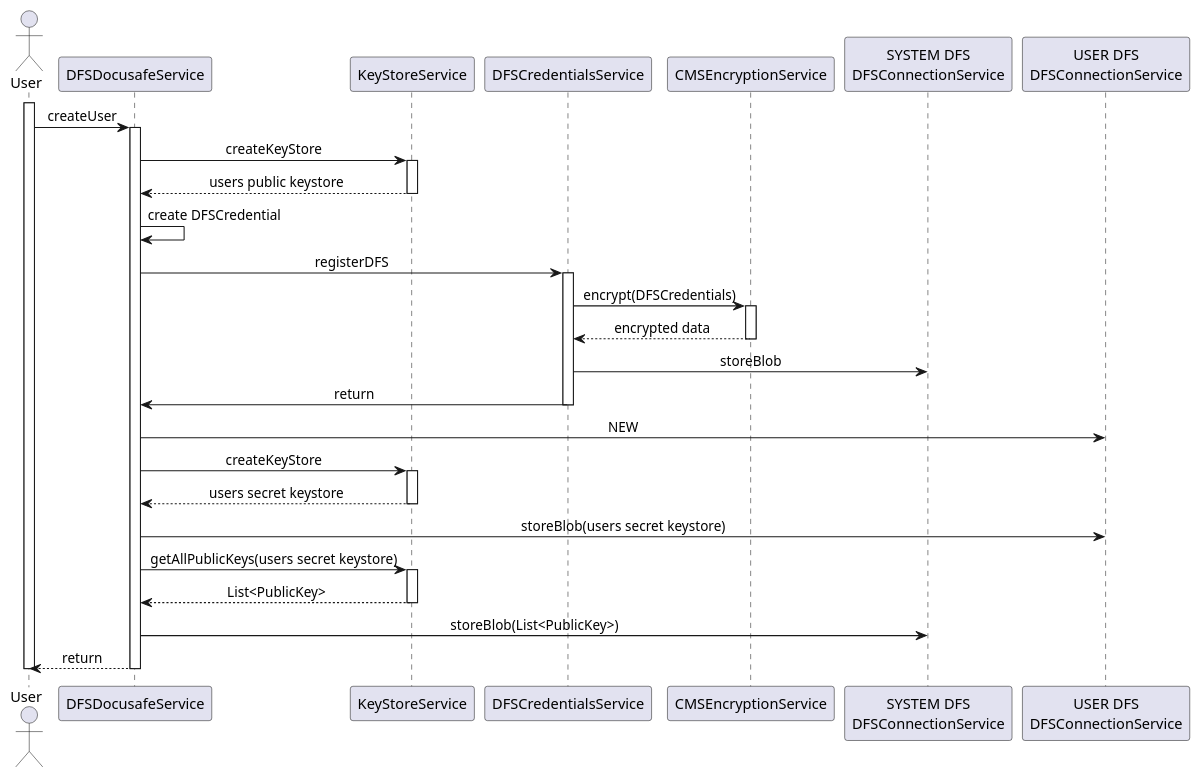
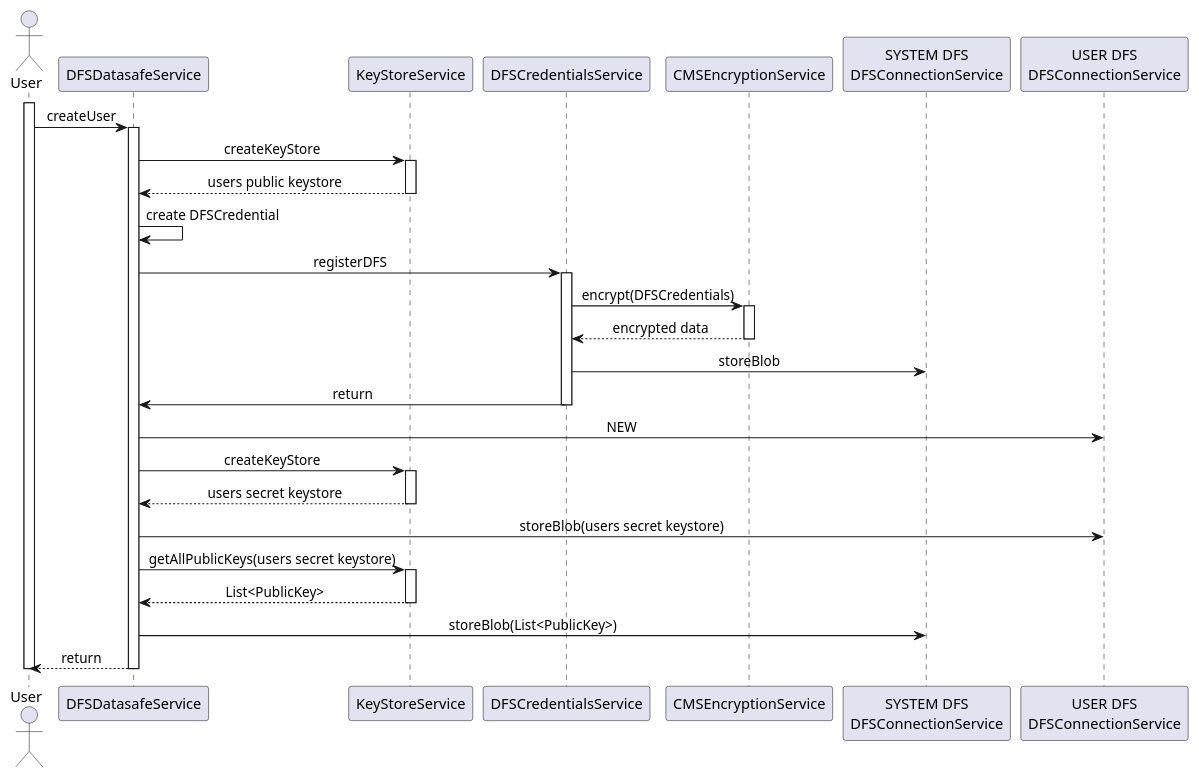
The diagram in docs/diagrams/new_user.puml (adorsys/datasafe), drawn with PlantUML before and after one commit. The commit also changed 59 other files, not shown here.

```diff
--- a/docs/diagrams/new_user.puml
+++ b/docs/diagrams/new_user.puml
@@ -1,37 +1,37 @@
 @startuml
 skinparam SequenceMessageAlign center
 
 actor User
 
 activate User
-User -> DFSDocusafeService : createUser
-activate DFSDocusafeService
-DFSDocusafeService -> KeyStoreService : createKeyStore
+User -> DFSDatasafeService : createUser
+activate DFSDatasafeService
+DFSDatasafeService -> KeyStoreService : createKeyStore
 activate KeyStoreService
-KeyStoreService --> DFSDocusafeService : users public keystore
+KeyStoreService --> DFSDatasafeService : users public keystore
 deactivate KeyStoreService
-DFSDocusafeService -> DFSDocusafeService : create DFSCredential
-DFSDocusafeService -> DFSCredentialsService : registerDFS
+DFSDatasafeService -> DFSDatasafeService : create DFSCredential
+DFSDatasafeService -> DFSCredentialsService : registerDFS
 activate DFSCredentialsService
 DFSCredentialsService -> CMSEncryptionService : encrypt(DFSCredentials)
 activate CMSEncryptionService
 CMSEncryptionService --> DFSCredentialsService : encrypted data
 deactivate CMSEncryptionService
 DFSCredentialsService -> "SYSTEM DFS\nDFSConnectionService" as sysDFS : storeBlob
-DFSCredentialsService -> DFSDocusafeService : return
+DFSCredentialsService -> DFSDatasafeService : return
 deactivate DFSCredentialsService
-DFSDocusafeService -> "USER DFS\nDFSConnectionService" as usrDFS : NEW
-DFSDocusafeService -> KeyStoreService : createKeyStore
+DFSDatasafeService -> "USER DFS\nDFSConnectionService" as usrDFS : NEW
+DFSDatasafeService -> KeyStoreService : createKeyStore
 activate KeyStoreService
-KeyStoreService --> DFSDocusafeService : users secret keystore
+KeyStoreService --> DFSDatasafeService : users secret keystore
 deactivate KeyStoreService
-DFSDocusafeService -> usrDFS : storeBlob(users secret keystore)
-DFSDocusafeService ->  KeyStoreService : getAllPublicKeys(users secret keystore)
+DFSDatasafeService -> usrDFS : storeBlob(users secret keystore)
+DFSDatasafeService ->  KeyStoreService : getAllPublicKeys(users secret keystore)
 activate KeyStoreService
-KeyStoreService --> DFSDocusafeService : List<PublicKey>
+KeyStoreService --> DFSDatasafeService : List<PublicKey>
 deactivate KeyStoreService
-DFSDocusafeService -> sysDFS : storeBlob(List<PublicKey>)
-DFSDocusafeService --> User : return
-deactivate DFSDocusafeService
+DFSDatasafeService -> sysDFS : storeBlob(List<PublicKey>)
+DFSDatasafeService --> User : return
+deactivate DFSDatasafeService
 deactivate User
 @enduml
```
